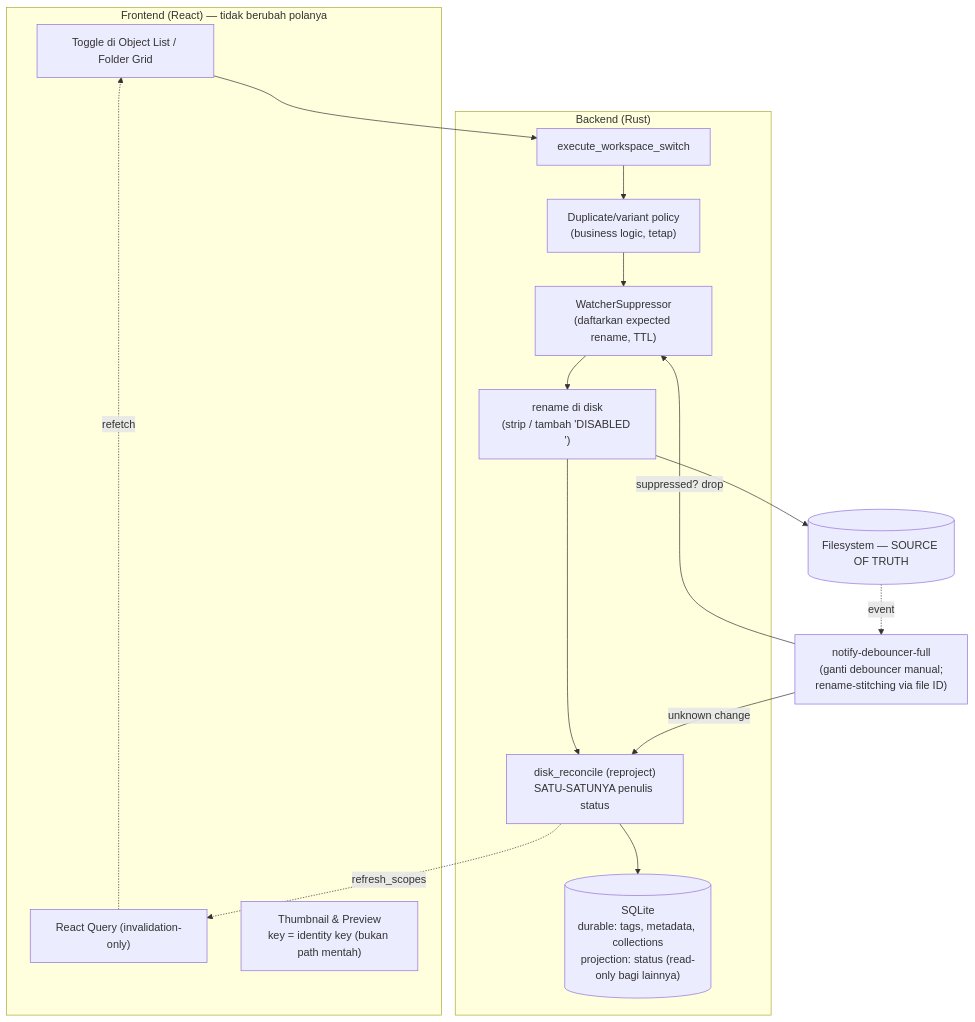
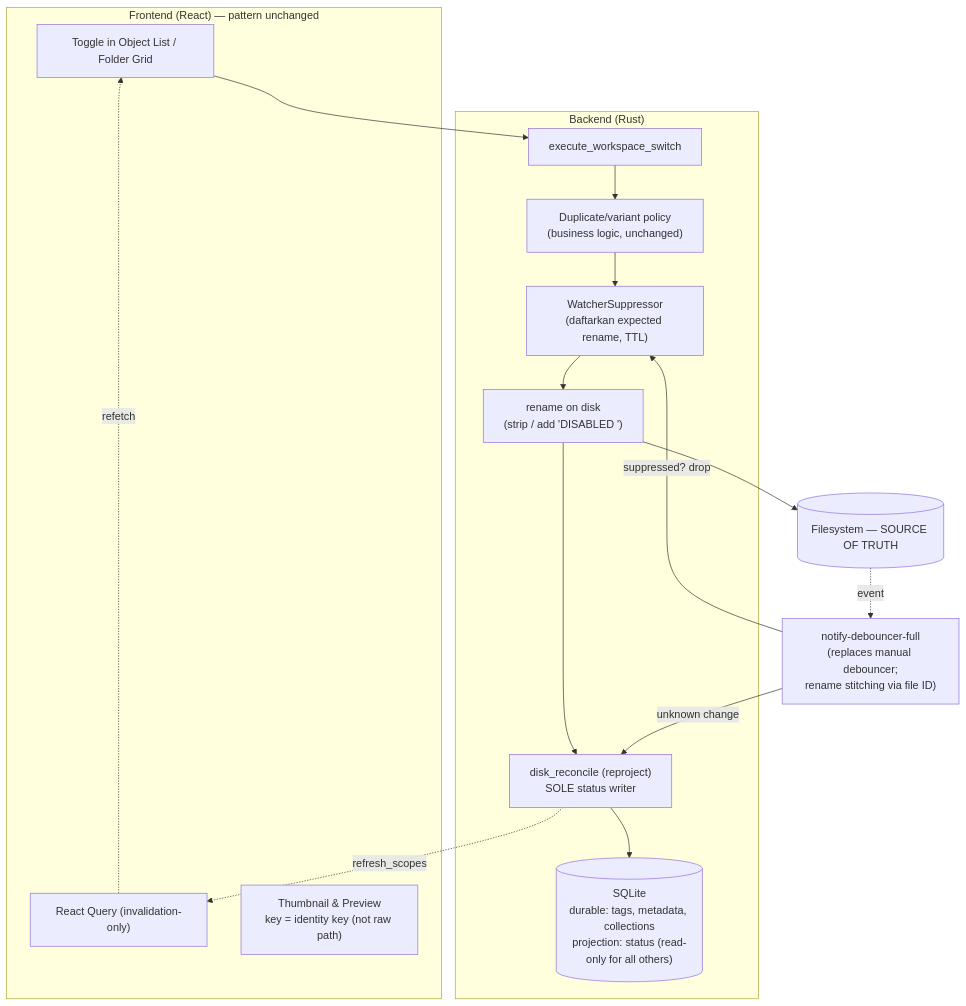
One commit to reynalivan/EMMM2 changed the diagram in docs/knowledge/enable-disable-flow.md. Above: the diagram before and after it, drawn with Mermaid. The commit also changed other lines of this file and 108 other files, not shown here.

Commit message:
fix: harden workspace and collection flows

````diff
--- a/docs/knowledge/enable-disable-flow.md
+++ b/docs/knowledge/enable-disable-flow.md
@@ -80,29 +85,29 @@
 ```mermaid
 flowchart TB
-    subgraph FE["Frontend (React) — tidak berubah polanya"]
-        UI["Toggle di Object List / Folder Grid"]
+    subgraph FE["Frontend (React) — pattern unchanged"]
+         UI["Toggle in Object List / Folder Grid"]
         RQ["React Query (invalidation-only)"]
-        Thumb["Thumbnail & Preview\nkey = identity key (bukan path mentah)"]
+        Thumb["Thumbnail & Preview\nkey = identity key (not raw path)"]
     end
 
     subgraph BE["Backend (Rust)"]
         Cmd["execute_workspace_switch"]
-        Policy["Duplicate/variant policy\n(business logic, tetap)"]
-        Rename["rename di disk\n(strip / tambah 'DISABLED ')"]
+        Policy["Duplicate/variant policy\n(business logic, unchanged)"]
+        Rename["rename on disk\n(strip / add 'DISABLED ')"]
         Suppress["WatcherSuppressor\n(daftarkan expected rename, TTL)"]
-        Reconcile["disk_reconcile (reproject)\nSATU-SATUNYA penulis status"]
-        DB[("SQLite\ndurable: tags, metadata, collections\nprojection: status (read-only bagi lainnya)")]
+        Reconcile["disk_reconcile (reproject)\nSOLE status writer"]
+        DB[("SQLite\ndurable: tags, metadata, collections\nprojection: status (read-only for all others)")]
     end
 
-    Watcher["notify-debouncer-full\n(ganti debouncer manual;\nrename-stitching via file ID)"]
+    Watcher["notify-debouncer-full\n(replaces manual debouncer;\nrename stitching via file ID)"]
     Disk[("Filesystem — SOURCE OF TRUTH")]
 
     UI --> Cmd --> Policy --> Suppress --> Rename --> Disk
     Rename --> Reconcile
     Disk -.event.-> Watcher
     Watcher -- "suppressed? drop" --> Suppress
     Watcher -- "unknown change" --> Reconcile
     Reconcile --> DB
     Reconcile -. refresh_scopes .-> RQ
     RQ -.refetch.-> UI
 ```
````
